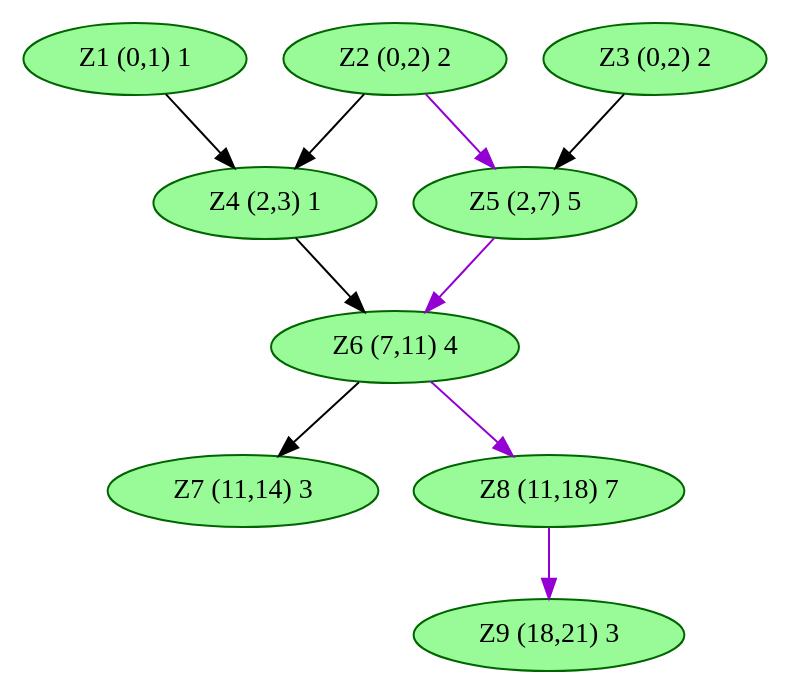
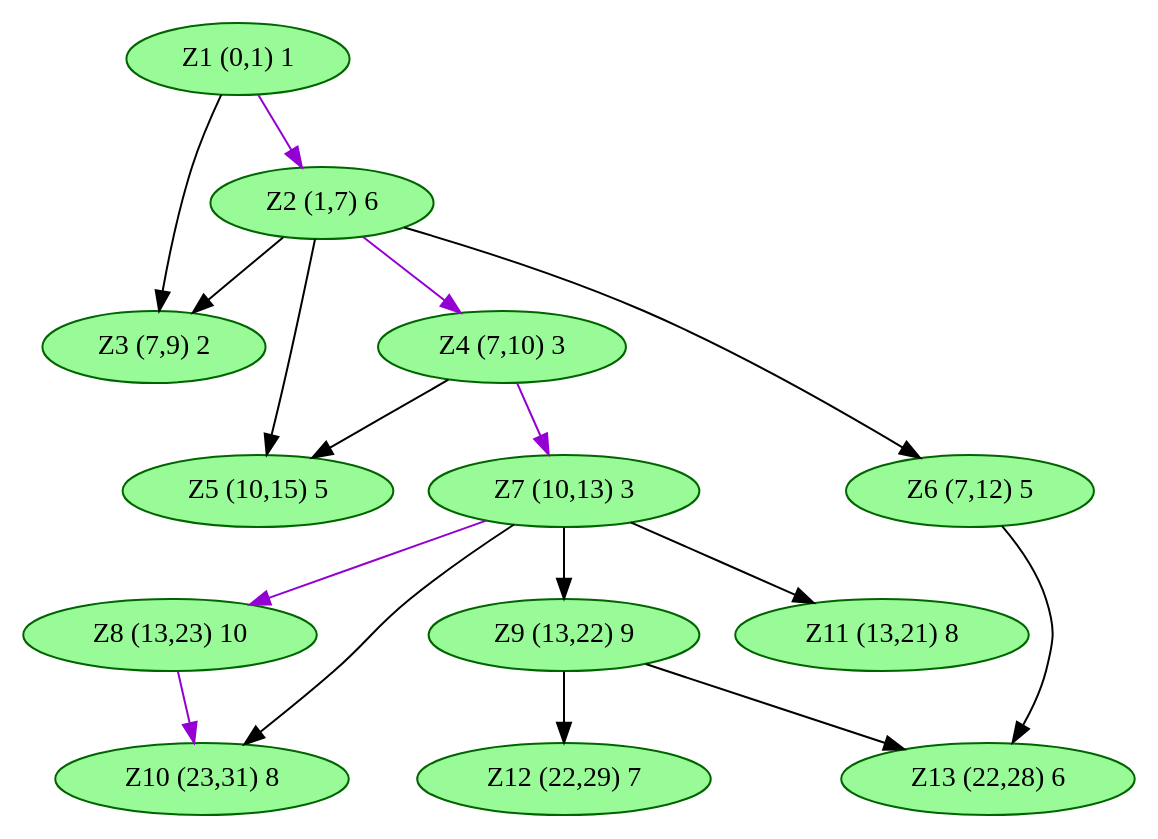
The diagram in 01_algorytm_CPM/main/graph.gv (Niutoseq/SzeregowanieZadan), drawn with Graphviz before and after one commit. The commit also changed 3 other files, not shown here.

```diff
--- a/01_algorytm_CPM/main/graph.gv
+++ b/01_algorytm_CPM/main/graph.gv
@@ -1,24 +1,33 @@
 strict digraph G {
   "Z1 (0,1) 1"[color=darkgreen style=filled fillcolor=palegreen];
   "Z1 (0,1) 1";
-  "Z2 (0,2) 2"[color=darkgreen style=filled fillcolor=palegreen];
-  "Z2 (0,2) 2";
-  "Z3 (0,2) 2"[color=darkgreen style=filled fillcolor=palegreen];
-  "Z3 (0,2) 2";
-  "Z4 (2,3) 1"[color=darkgreen style=filled fillcolor=palegreen];
-  "Z1 (0,1) 1" -> "Z4 (2,3) 1";
-  "Z2 (0,2) 2" -> "Z4 (2,3) 1";
-  "Z5 (2,7) 5"[color=darkgreen style=filled fillcolor=palegreen];
-  "Z2 (0,2) 2" -> "Z5 (2,7) 5";
-  "Z3 (0,2) 2" -> "Z5 (2,7) 5";
-  "Z6 (7,11) 4"[color=darkgreen style=filled fillcolor=palegreen];
-  "Z4 (2,3) 1" -> "Z6 (7,11) 4";
-  "Z5 (2,7) 5" -> "Z6 (7,11) 4";
-  "Z7 (11,14) 3"[color=darkgreen style=filled fillcolor=palegreen];
-  "Z6 (7,11) 4" -> "Z7 (11,14) 3";
-  "Z8 (11,18) 7"[color=darkgreen style=filled fillcolor=palegreen];
-  "Z6 (7,11) 4" -> "Z8 (11,18) 7";
-  "Z9 (18,21) 3"[color=darkgreen style=filled fillcolor=palegreen];
-  "Z8 (11,18) 7" -> "Z9 (18,21) 3";
-  "Z2 (0,2) 2" ->   "Z5 (2,7) 5" ->   "Z6 (7,11) 4" ->   "Z8 (11,18) 7" ->   "Z9 (18,21) 3" [color=darkviolet];
+  "Z2 (1,7) 6"[color=darkgreen style=filled fillcolor=palegreen];
+  "Z1 (0,1) 1" -> "Z2 (1,7) 6";
+  "Z3 (7,9) 2"[color=darkgreen style=filled fillcolor=palegreen];
+  "Z1 (0,1) 1" -> "Z3 (7,9) 2";
+  "Z2 (1,7) 6" -> "Z3 (7,9) 2";
+  "Z4 (7,10) 3"[color=darkgreen style=filled fillcolor=palegreen];
+  "Z2 (1,7) 6" -> "Z4 (7,10) 3";
+  "Z5 (10,15) 5"[color=darkgreen style=filled fillcolor=palegreen];
+  "Z2 (1,7) 6" -> "Z5 (10,15) 5";
+  "Z4 (7,10) 3" -> "Z5 (10,15) 5";
+  "Z6 (7,12) 5"[color=darkgreen style=filled fillcolor=palegreen];
+  "Z2 (1,7) 6" -> "Z6 (7,12) 5";
+  "Z7 (10,13) 3"[color=darkgreen style=filled fillcolor=palegreen];
+  "Z4 (7,10) 3" -> "Z7 (10,13) 3";
+  "Z8 (13,23) 10"[color=darkgreen style=filled fillcolor=palegreen];
+  "Z7 (10,13) 3" -> "Z8 (13,23) 10";
+  "Z9 (13,22) 9"[color=darkgreen style=filled fillcolor=palegreen];
+  "Z7 (10,13) 3" -> "Z9 (13,22) 9";
+  "Z10 (23,31) 8"[color=darkgreen style=filled fillcolor=palegreen];
+  "Z7 (10,13) 3" -> "Z10 (23,31) 8";
+  "Z8 (13,23) 10" -> "Z10 (23,31) 8";
+  "Z11 (13,21) 8"[color=darkgreen style=filled fillcolor=palegreen];
+  "Z7 (10,13) 3" -> "Z11 (13,21) 8";
+  "Z12 (22,29) 7"[color=darkgreen style=filled fillcolor=palegreen];
+  "Z9 (13,22) 9" -> "Z12 (22,29) 7";
+  "Z13 (22,28) 6"[color=darkgreen style=filled fillcolor=palegreen];
+  "Z6 (7,12) 5" -> "Z13 (22,28) 6";
+  "Z9 (13,22) 9" -> "Z13 (22,28) 6";
+  "Z1 (0,1) 1" ->   "Z2 (1,7) 6" ->   "Z4 (7,10) 3" ->   "Z7 (10,13) 3" ->   "Z8 (13,23) 10" ->   "Z10 (23,31) 8" [color=darkviolet];
 }
```
